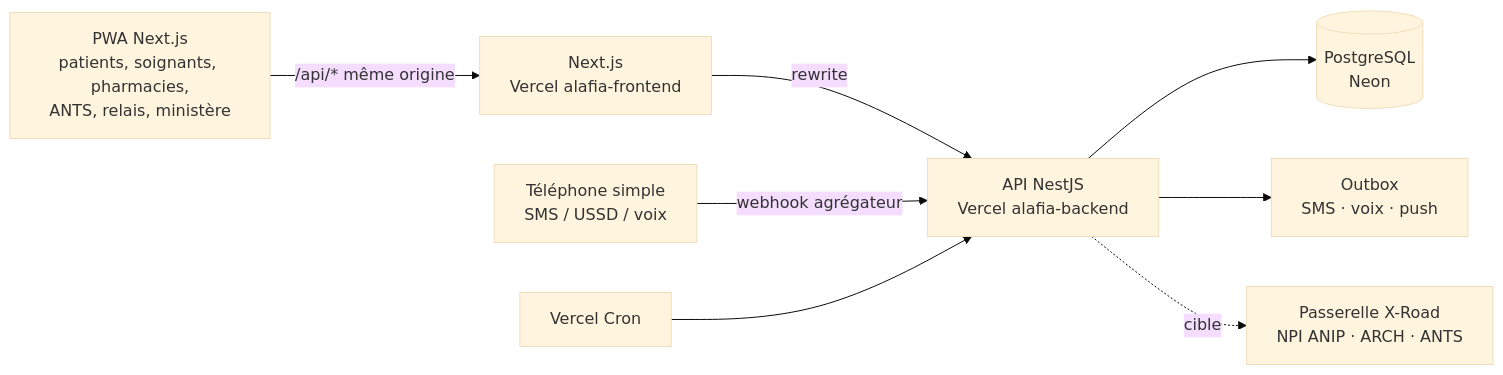
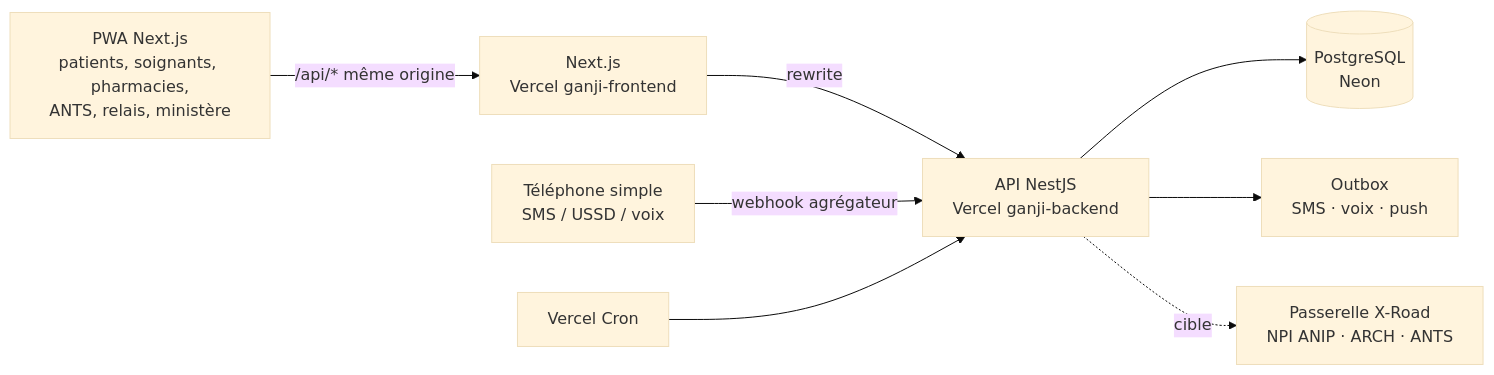
Before and after one commit to spyder20052/ganji-frontend: the diagram in docs/ARCHITECTURE.md, drawn with Mermaid (base theme). The commit also changed other lines of this file and 46 other files, not shown here.

````diff
--- a/docs/ARCHITECTURE.md
+++ b/docs/ARCHITECTURE.md
@@ -5,10 +5,10 @@
 ```mermaid
 flowchart LR
-  U[PWA Next.js<br/>patients, soignants, pharmacies,<br/>ANTS, relais, ministère] -->|/api/* même origine| N[Next.js<br/>Vercel alafia-frontend]
-  N -->|rewrite| A[API NestJS<br/>Vercel alafia-backend]
+  U[PWA Next.js<br/>patients, soignants, pharmacies,<br/>ANTS, relais, ministère] -->|/api/* même origine| N[Next.js<br/>Vercel ganji-frontend]
+  N -->|rewrite| A[API NestJS<br/>Vercel ganji-backend]
   S[Téléphone simple<br/>SMS / USSD / voix] -->|webhook agrégateur| A
   A --> P[(PostgreSQL<br/>Neon)]
   A --> O[Outbox<br/>SMS · voix · push]
   A -.cible.-> X[Passerelle X-Road<br/>NPI ANIP · ARCH · ANTS]
   C[Vercel Cron] --> A
 ```
````
